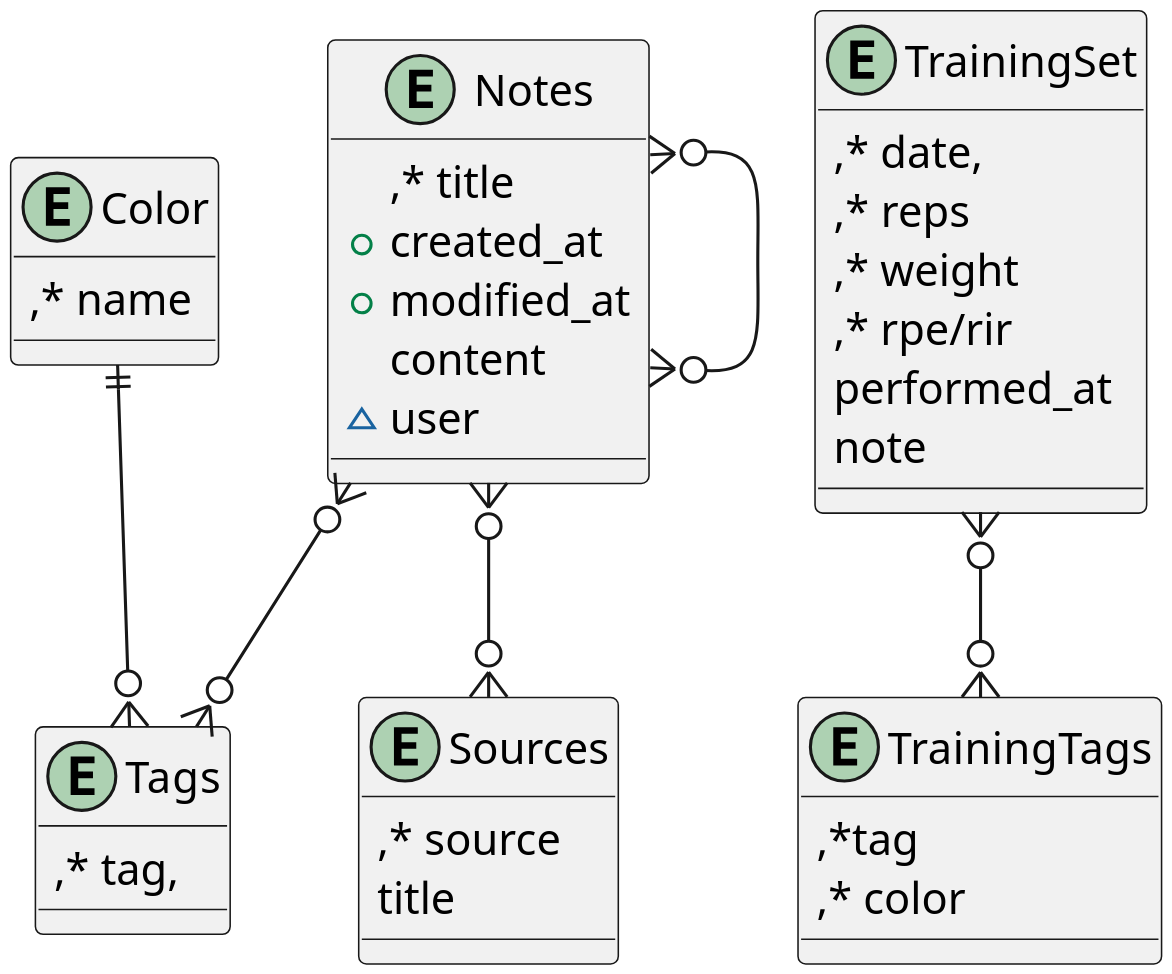
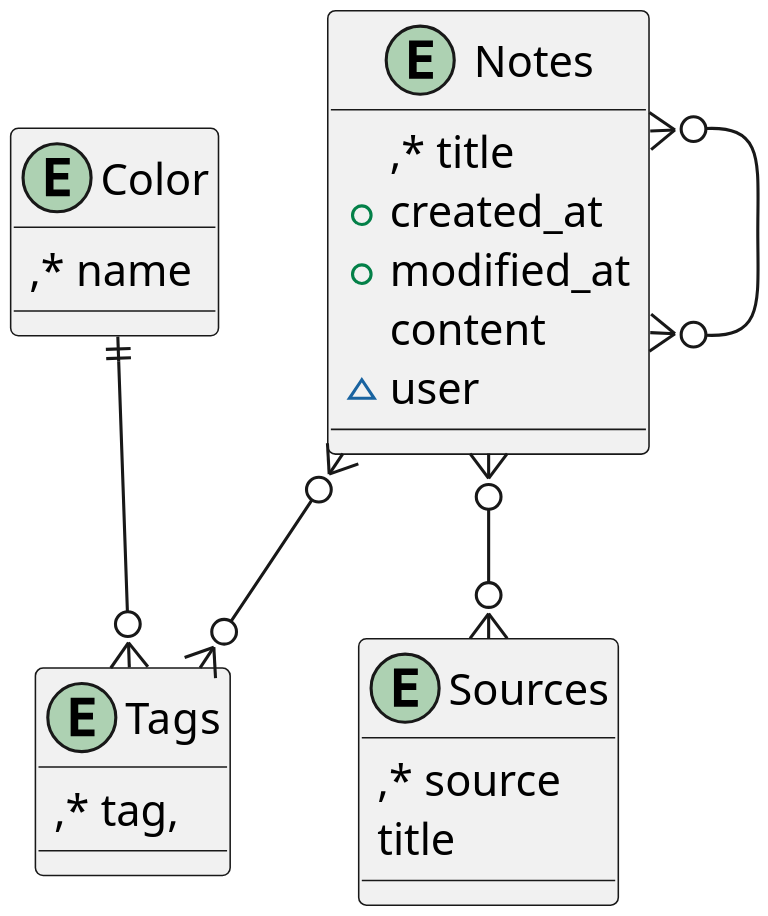
The diagram in BACKLOG.org (CarlBATI/Backend_Web_NodeJS_API), drawn with PlantUML before and after one commit. The commit also changed other lines of this file and 3 other files, not shown here.

```diff
--- a/BACKLOG.org
+++ b/BACKLOG.org
@@ -15,48 +15,30 @@
 #+begin_src plantuml
 @startuml
 skinparam dpi 300
 entity "Notes" as N {
         ,* title
         +created_at
         +modified_at
         content
         ~user
 }
 
 entity "Color" as C {
         ,* name
 }
 
 entity "Tags" as T {
         ,* tag,
 }
 
 entity "Sources" as S {
         ,* source
         title
 }
 
-
-entity "TrainingSet" as TS {
-        ,* date,
-        ,* reps
-        ,* weight
-        ,* rpe/rir
-        performed_at
-        note
-}
-
-
-entity "TrainingTags" as TT {
-        ,*tag
-        ,* color
-}
-
 N}o--o{N
 C||--o{T
 N}o--o{T
 N}o--o{S
-
-TS}o--o{TT
 @enduml
 #+end_src
```
